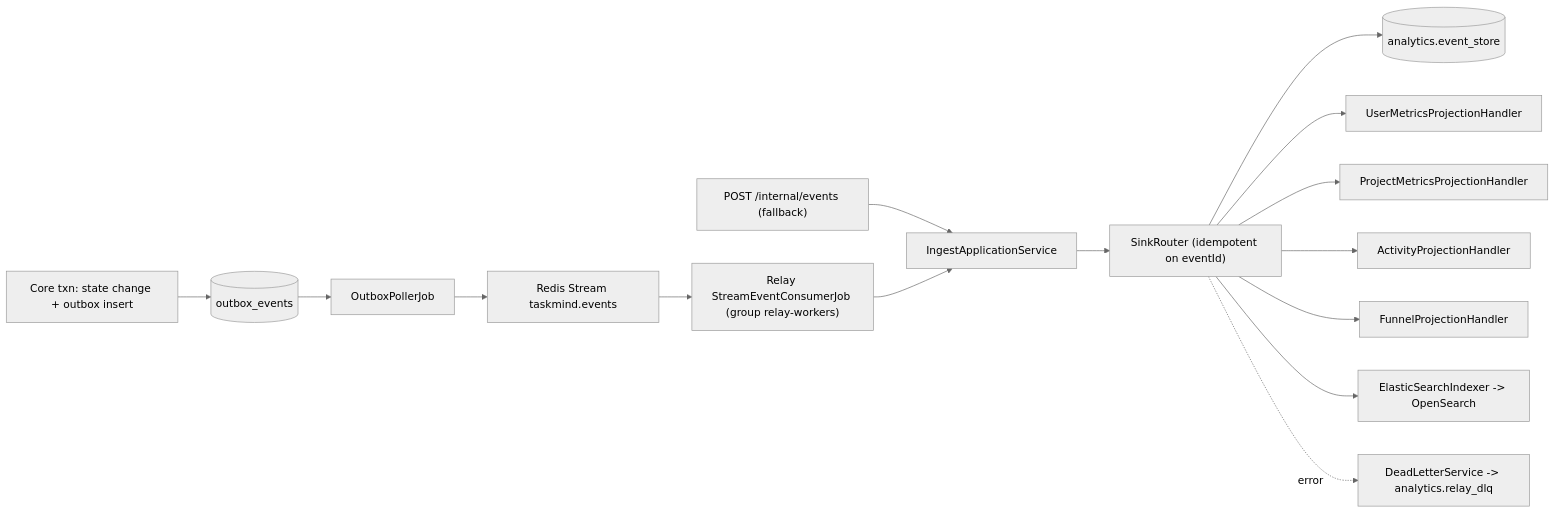
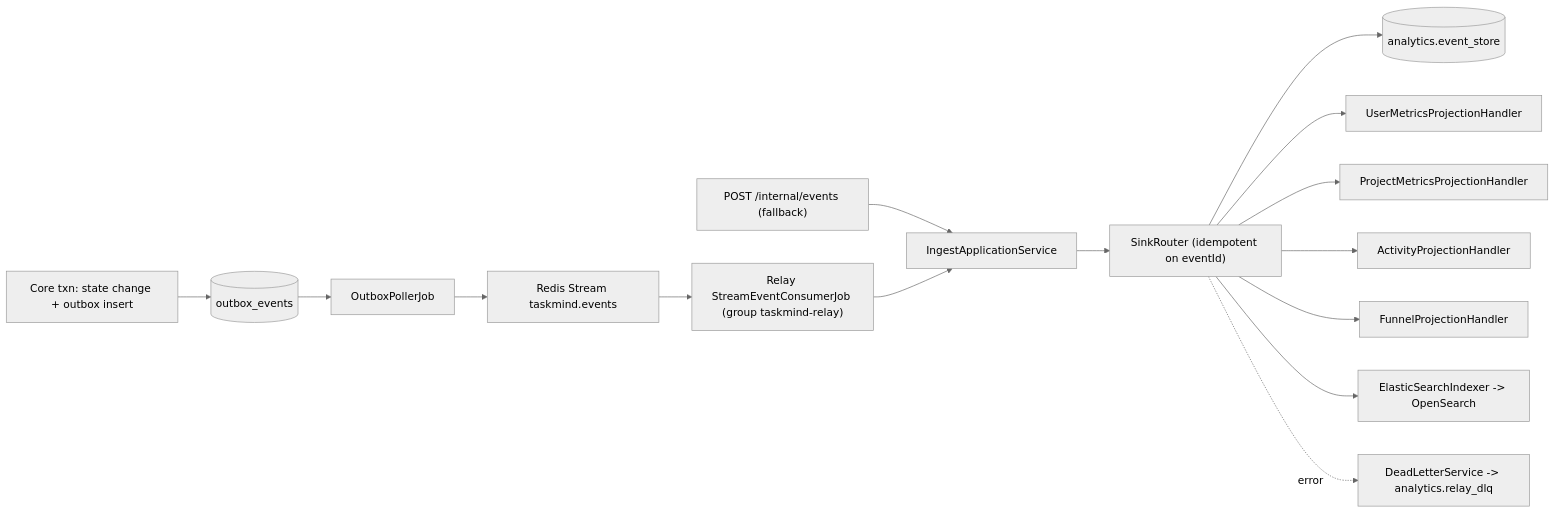
Before and after one commit to dnguyen316/taskmind: the diagram in docs/build-kit/reference/domain-events.md, drawn with Mermaid (neutral theme). The commit also changed other lines of this file and 3 other files, not shown here.

Commit message:
Harden Relay Redis stream consumer

````diff
--- a/docs/build-kit/reference/domain-events.md
+++ b/docs/build-kit/reference/domain-events.md
@@ -9,17 +9,17 @@
 ```mermaid
 flowchart LR
   Tx["Core txn: state change + outbox insert"] --> OB[(outbox_events)]
   OB --> Poller["OutboxPollerJob"]
   Poller --> Stream["Redis Stream taskmind.events"]
-  Stream --> Consumer["Relay StreamEventConsumerJob (group relay-workers)"]
+  Stream --> Consumer["Relay StreamEventConsumerJob (group taskmind-relay)"]
   HTTP["POST /internal/events (fallback)"] --> Ingest
   Consumer --> Ingest["IngestApplicationService"]
   Ingest --> Router["SinkRouter (idempotent on eventId)"]
   Router --> ES[("analytics.event_store")]
   Router --> UM["UserMetricsProjectionHandler"]
   Router --> PM["ProjectMetricsProjectionHandler"]
   Router --> AP["ActivityProjectionHandler"]
   Router --> FP["FunnelProjectionHandler"]
   Router --> OSIdx["ElasticSearchIndexer -> OpenSearch"]
   Router -.error.-> DLQ["DeadLetterService -> analytics.relay_dlq"]
 ```
````
